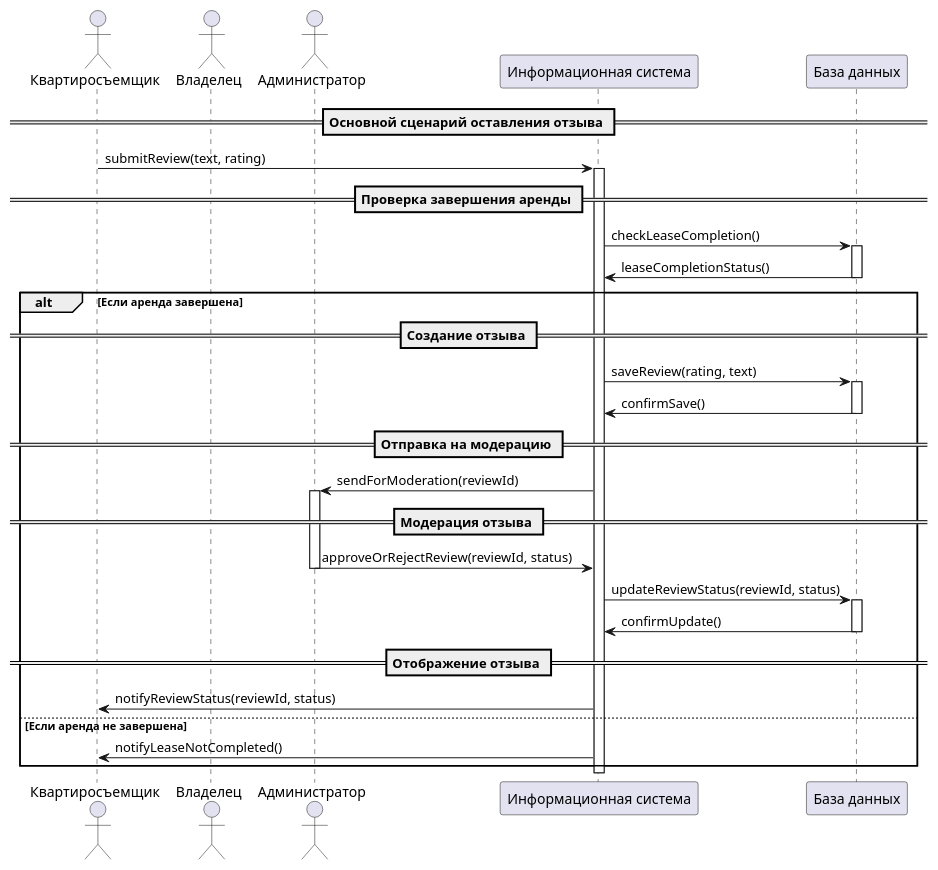
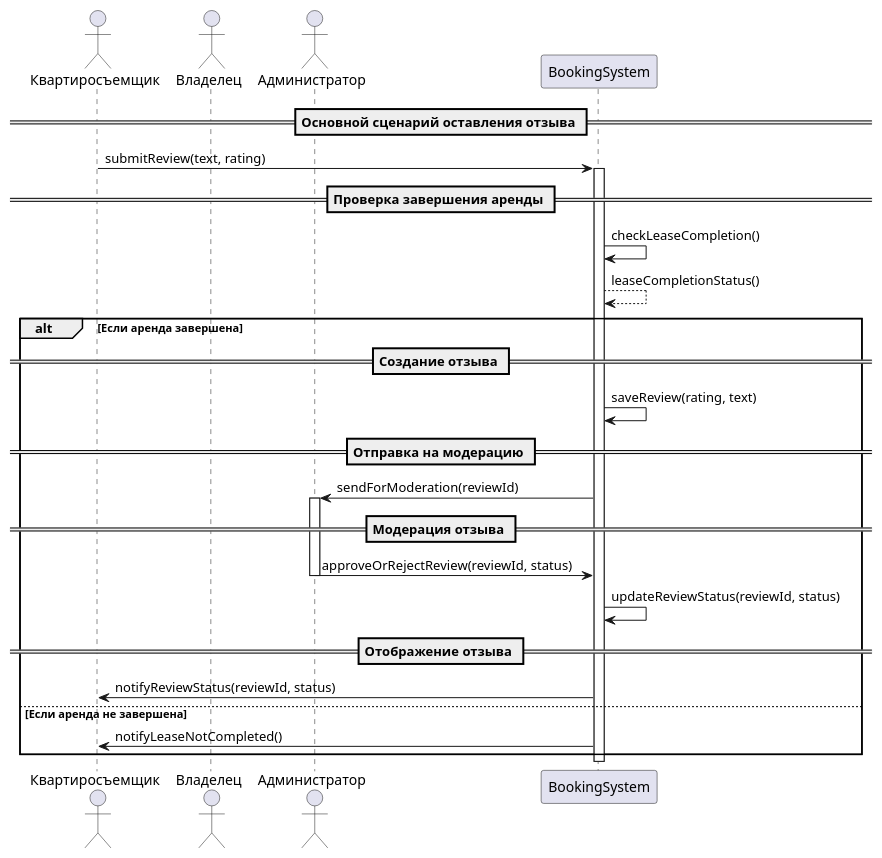
Before and after one commit to penamarth/bsbo-01-22_team4_var8: the diagram in precedents/Reviews/ReviewsSequenceDiagram.md, drawn with PlantUML.

Commit message:
Translate russian text in scenarios to english

````diff
--- a/precedents/Reviews/ReviewsSequenceDiagram.md
+++ b/precedents/Reviews/ReviewsSequenceDiagram.md
@@ -1,49 +1,40 @@
 ```plantuml
 @startuml
 
 actor "Квартиросъемщик" as Tenant
 actor "Владелец" as Owner
 actor "Администратор" as Administrator
-participant "Информационная система" as System
-participant "База данных" as DB
+participant "BookingSystem" as System
 
 == Основной сценарий оставления отзыва ==
 Tenant -> System: submitReview(text, rating)
 activate System
 
 == Проверка завершения аренды ==
-System -> DB: checkLeaseCompletion()
-activate DB
-DB -> System: leaseCompletionStatus()
-deactivate DB
+System -> System: checkLeaseCompletion()
+System --> System: leaseCompletionStatus()
 
 alt Если аренда завершена
     == Создание отзыва ==
-    System -> DB: saveReview(rating, text)
-    activate DB
-    DB -> System: confirmSave()
-    deactivate DB
+    System -> System: saveReview(rating, text)
 
     == Отправка на модерацию ==
     System -> Administrator: sendForModeration(reviewId)
     activate Administrator
 
     == Модерация отзыва ==
     Administrator -> System: approveOrRejectReview(reviewId, status)
     deactivate Administrator
 
-    System -> DB: updateReviewStatus(reviewId, status)
-    activate DB
-    DB -> System: confirmUpdate()
-    deactivate DB
+    System -> System: updateReviewStatus(reviewId, status)
 
     == Отображение отзыва ==
     System -> Tenant: notifyReviewStatus(reviewId, status)
 else Если аренда не завершена
     System -> Tenant: notifyLeaseNotCompleted()
 end
 
 deactivate System
 
 @enduml
 ```
````
